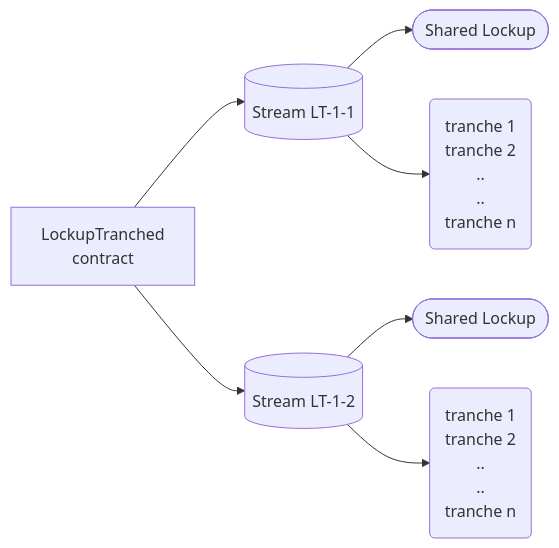
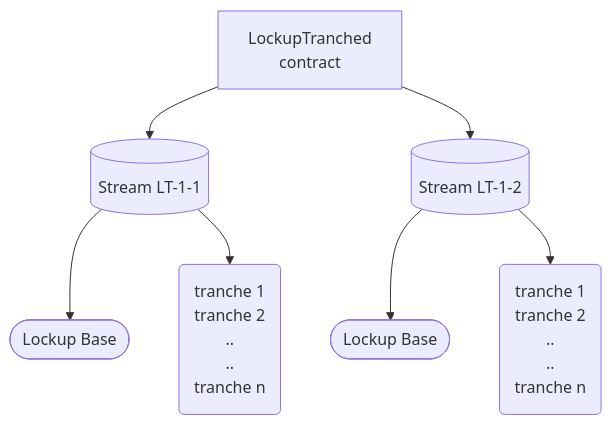
The fourth of 7 diagrams in docs/reference/lockup/01-diagrams.md (sablier-labs/docs), drawn with Mermaid before and after one commit. The commit also changed other lines of this file and 7 other files, not shown here.

First line of the commit message:
docs: campaign verification guide and update flow diagram (#226)

````diff
--- a/docs/reference/lockup/01-diagrams.md
+++ b/docs/reference/lockup/01-diagrams.md
@@ -113,28 +113,28 @@
 ```mermaid
-flowchart LR;
+flowchart TD;
   C["LockupTranched\ncontract"];
+
   S0[(Stream LT-1-1)];
-  P0([Shared Lockup]);
+  P0([Lockup Base]);
   tranches0(tranche 1
             tranche 2
             ..
             ..
             tranche n
   );
   S0 --> P0;
   S0 --> tranches0;
   C --> S0;
 
-  C["LockupTranched\ncontract"];
   S1[(Stream LT-1-2)];
-  P2([Shared Lockup]);
+  P2([Lockup Base]);
   tranches1(tranche 1
             tranche 2
             ..
             ..
             tranche n
   );
   S1 --> P2;
   S1 --> tranches1;
   C --> S1;
 ```
````
